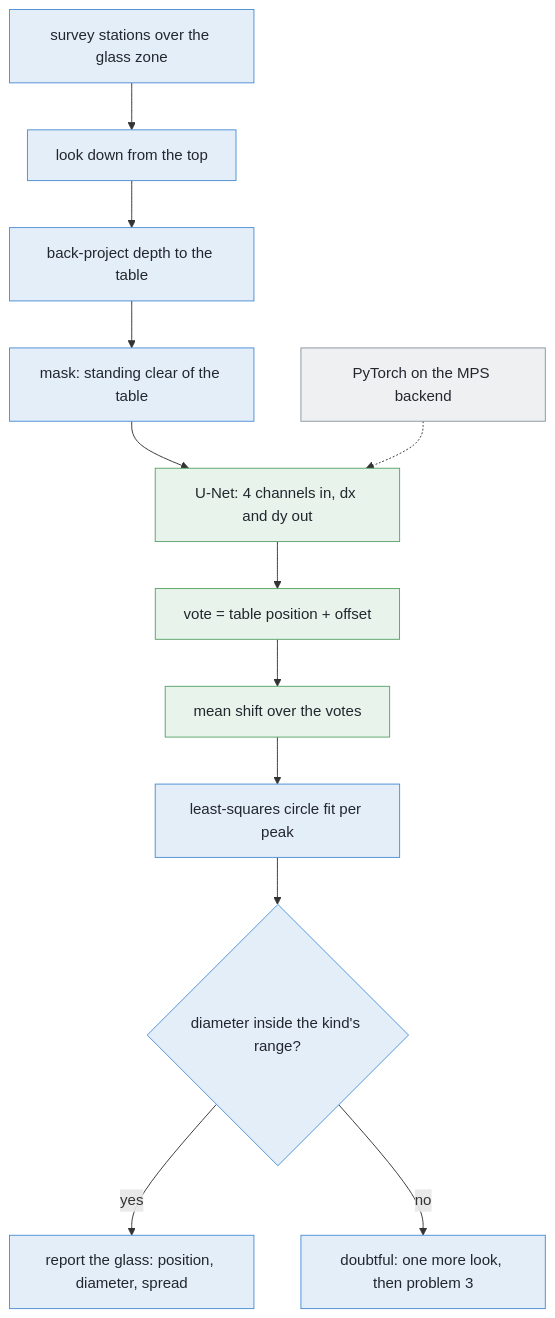
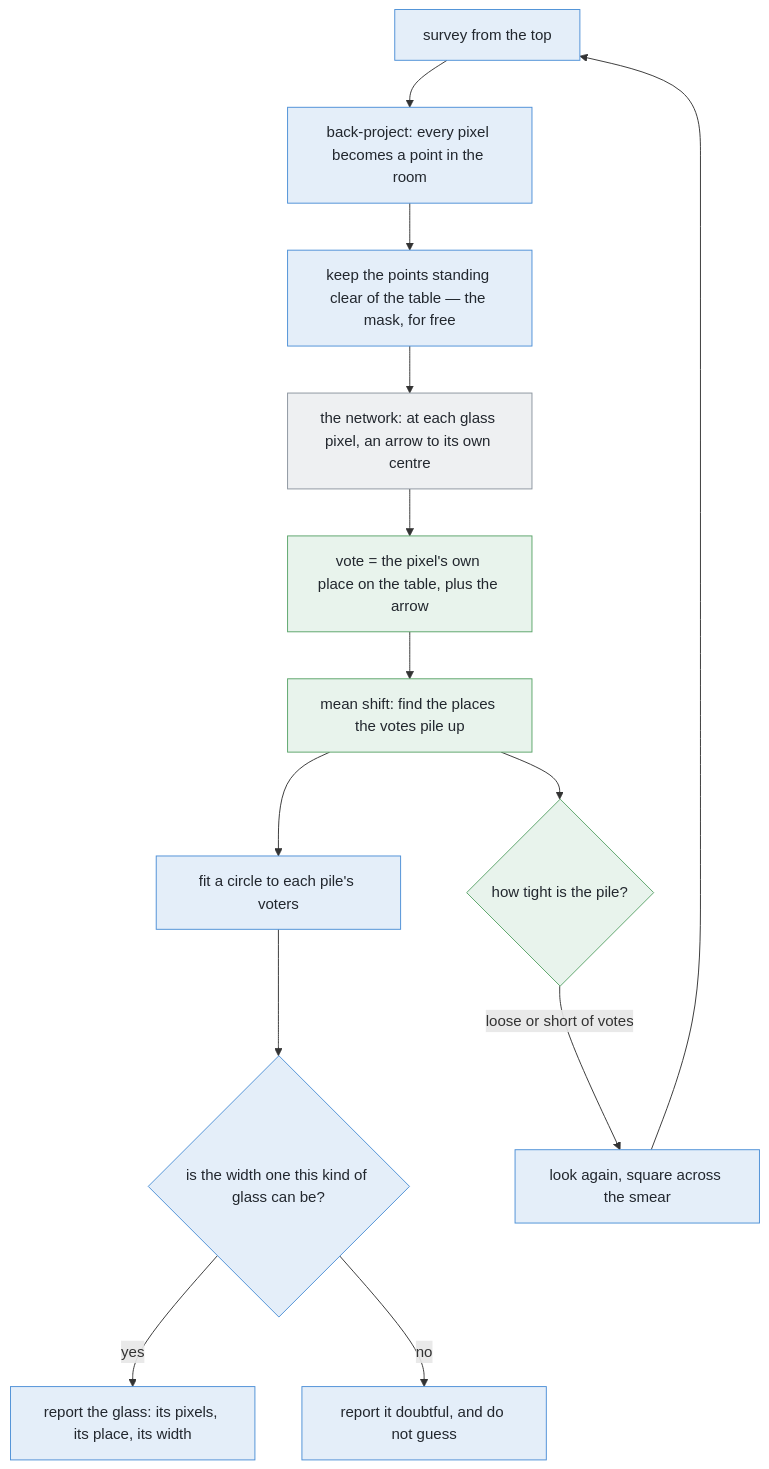
The diagram in v5-pick-glasses/docs/problem-2/solutions/08-per-pixel-votes-for-the-centre.md (RobinNagpal/robot-arm-projects), drawn with Mermaid before and after one commit. The commit also changed other lines of this file, not shown here.

````diff
--- a/v5-pick-glasses/docs/problem-2/solutions/08-per-pixel-votes-for-the-centre.md
+++ b/v5-pick-glasses/docs/problem-2/solutions/08-per-pixel-votes-for-the-centre.md
@@ -399,31 +270,27 @@
 ```mermaid
 flowchart TD
-    S["survey stations over the glass zone"]
-    L["look down from the top"]
-    B["back-project depth to the table"]
-    K["mask: standing clear of the table"]
-    PT["PyTorch on the MPS backend"]
-    N["U-Net: 4 channels in, dx and dy out"]
-    V["vote = table position + offset"]
-    MS["mean shift over the votes"]
-    F["least-squares circle fit per peak"]
-    D{"diameter inside the kind's range?"}
-    OK["report the glass: position, diameter, spread"]
-    Q["doubtful: one more look, then problem 3"]
-    S --> L --> B --> K --> N --> V --> MS --> F --> D
-    PT -.-> N
-    D -->|yes| OK
-    D -->|no| Q
+    S["survey from the top"] --> B["back-project: every pixel becomes a point in the room"]
+    B --> K["keep the points standing clear of the table — the mask, for free"]
+    K --> N["the network: at each glass pixel, an arrow to its own centre"]
+    N --> V["vote = the pixel's own place on the table, plus the arrow"]
+    V --> MS["mean shift: find the places the votes pile up"]
+    MS --> F["fit a circle to each pile's voters"]
+    F --> D{"is the width one this kind of glass can be?"}
+    D -->|"yes"| OK["report the glass: its pixels, its place, its width"]
+    D -->|"no"| Q["report it doubtful, and do not guess"]
+    MS --> SP{"how tight is the pile?"}
+    SP -->|"loose or short of votes"| LOOK["look again, square across the smear"]
+    LOOK --> S
     style S fill:#e4eef9,stroke:#4c8fd6,color:#22272e
-    style L fill:#e4eef9,stroke:#4c8fd6,color:#22272e
     style B fill:#e4eef9,stroke:#4c8fd6,color:#22272e
     style K fill:#e4eef9,stroke:#4c8fd6,color:#22272e
-    style PT fill:#eef0f2,stroke:#8b949e,color:#22272e
-    style N fill:#e8f3ec,stroke:#5aa469,color:#22272e
-    style V fill:#e8f3ec,stroke:#5aa469,color:#22272e
-    style MS fill:#e8f3ec,stroke:#5aa469,color:#22272e
     style F fill:#e4eef9,stroke:#4c8fd6,color:#22272e
     style D fill:#e4eef9,stroke:#4c8fd6,color:#22272e
     style OK fill:#e4eef9,stroke:#4c8fd6,color:#22272e
     style Q fill:#e4eef9,stroke:#4c8fd6,color:#22272e
+    style LOOK fill:#e4eef9,stroke:#4c8fd6,color:#22272e
+    style V fill:#e8f3ec,stroke:#5aa469,color:#22272e
+    style MS fill:#e8f3ec,stroke:#5aa469,color:#22272e
+    style SP fill:#e8f3ec,stroke:#5aa469,color:#22272e
+    style N fill:#eef0f2,stroke:#8b949e,color:#22272e
 ```
````
